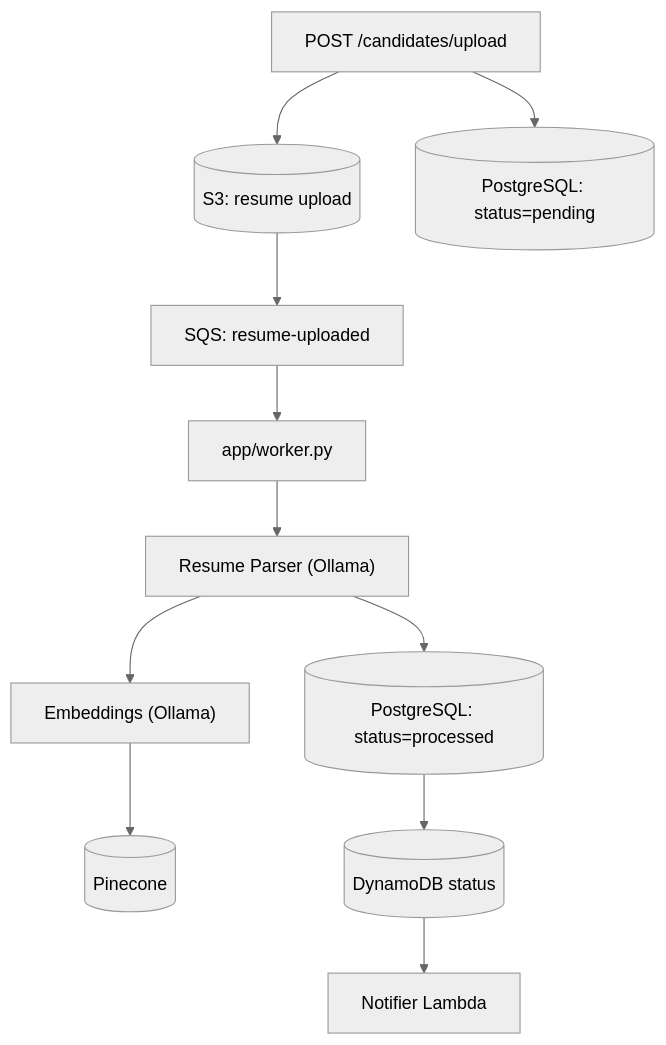
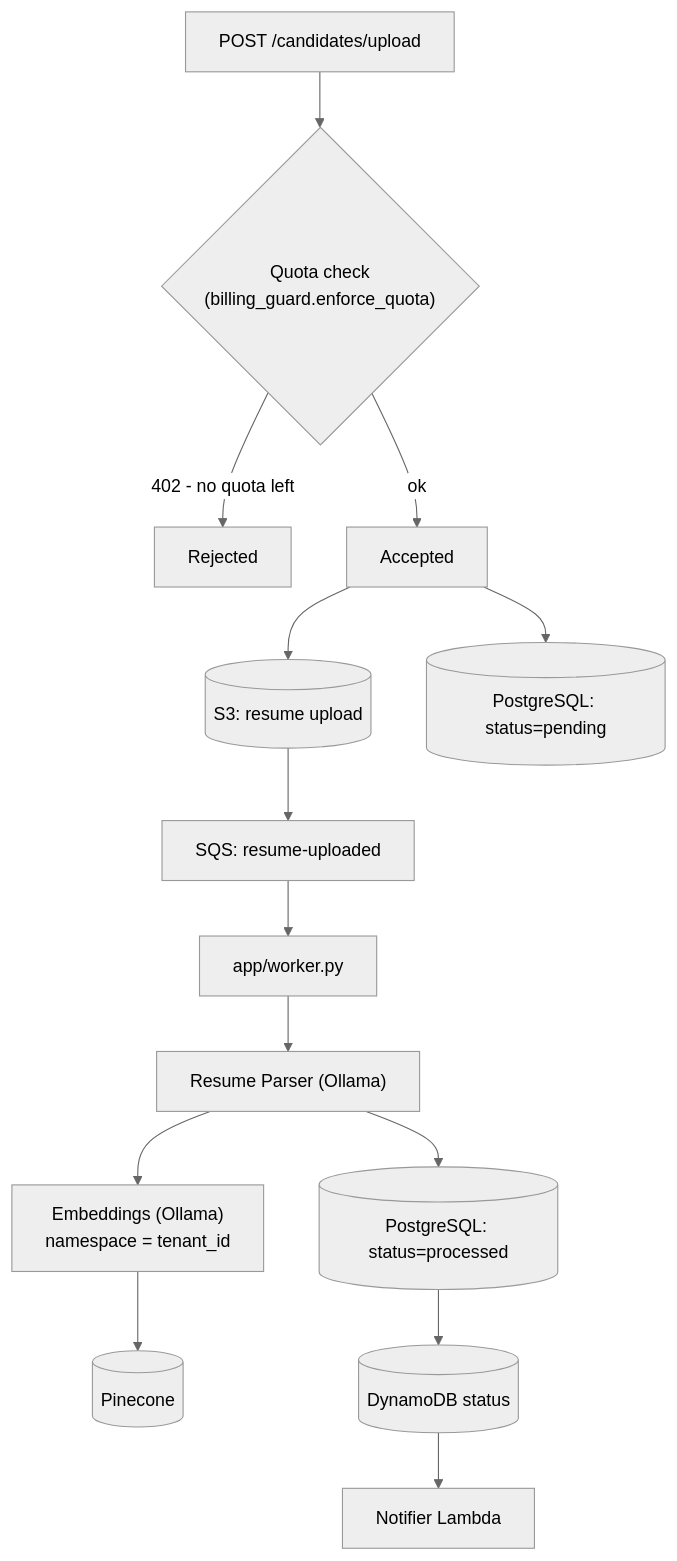
Before and after one commit to LakshyaTecno/resume-screening-service: the second of 3 diagrams in README.md, drawn with Mermaid (neutral theme). The commit also changed other lines of this file, not shown here.

First line of the commit message:
Fix stale content in the two per-pipeline README diagrams

````diff
--- a/README.md
+++ b/README.md
@@ -77,13 +80,15 @@
 ```mermaid
 flowchart TD
-    Upload["POST /candidates/upload"] --> S3[(S3: resume upload)]
+    Req["POST /candidates/upload"] --> Quota{"Quota check<br/>(billing_guard.enforce_quota)"}
+    Quota -->|"402 - no quota left"| Rejected["Rejected"]
+    Quota -->|ok| Upload["Accepted"] --> S3[(S3: resume upload)]
     Upload --> PGPending[(PostgreSQL: status=pending)]
     S3 --> SQS[SQS: resume-uploaded]
     SQS --> Worker[app/worker.py]
     Worker --> Parser["Resume Parser (Ollama)"]
     Parser --> PG[(PostgreSQL: status=processed)]
-    Parser --> Embed["Embeddings (Ollama)"]
+    Parser --> Embed["Embeddings (Ollama)<br/>namespace = tenant_id"]
     Embed --> PC[(Pinecone)]
     PG --> DDB[(DynamoDB status)]
     DDB --> Lambda[Notifier Lambda]
 ```
````
